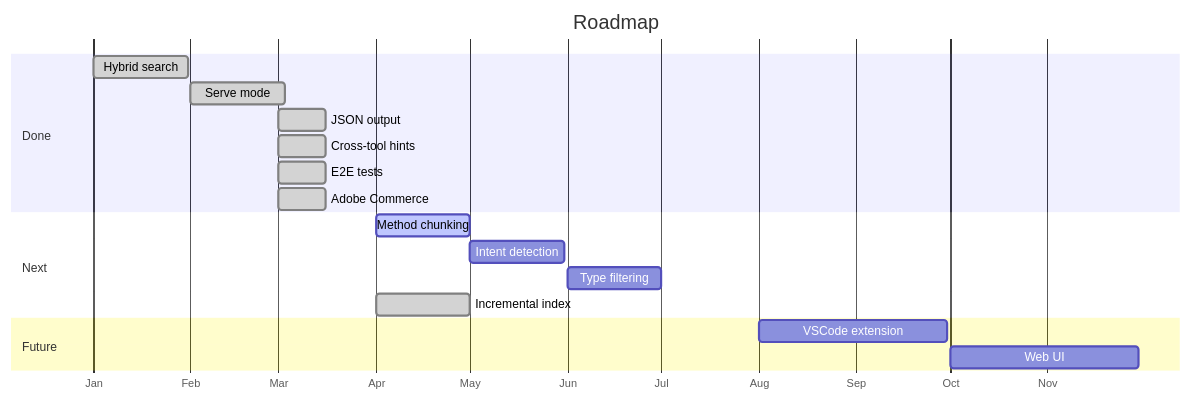
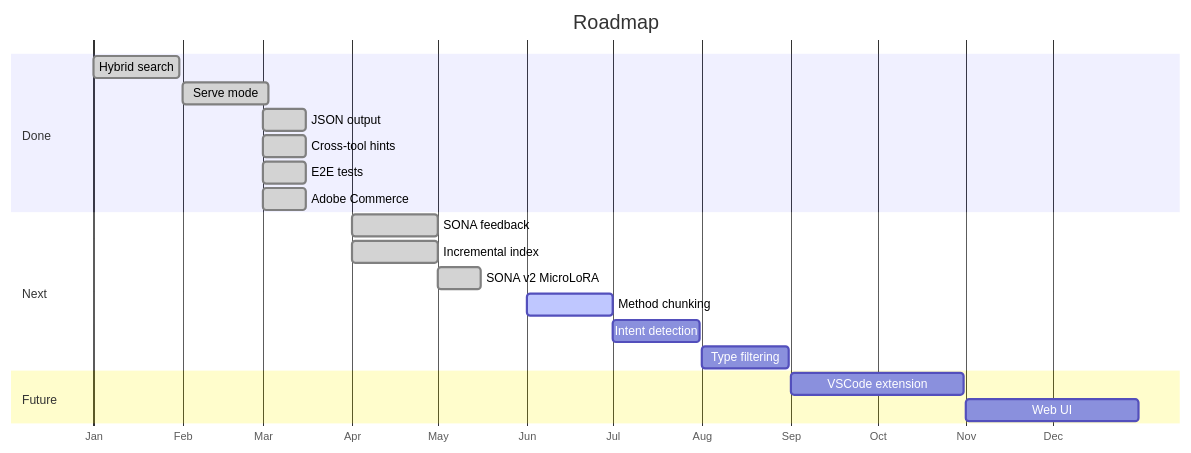
Diagram 11 of 11 in README.md (krejcif/magector), drawn with Mermaid before and after one commit. The commit also changed other lines of this file and 19 other files, not shown here.

````diff
--- a/README.md
+++ b/README.md
@@ -902,21 +962,23 @@
 ```mermaid
 gantt
   title Roadmap
   dateFormat YYYY-MM
   axisFormat %b
   section Done
     Hybrid search       :done, 2025-01, 30d
     Serve mode          :done, 2025-02, 30d
     JSON output         :done, 2025-03, 15d
     Cross-tool hints    :done, 2025-03, 15d
     E2E tests           :done, 2025-03, 15d
     Adobe Commerce      :done, 2025-03, 15d
   section Next
-    Method chunking     :active, 2025-04, 30d
-    Intent detection    :2025-05, 30d
-    Type filtering      :2025-06, 30d
+    SONA feedback       :done, 2025-04, 30d
     Incremental index   :done, 2025-04, 30d
+    SONA v2 MicroLoRA   :done, 2025-05, 15d
+    Method chunking     :active, 2025-06, 30d
+    Intent detection    :2025-07, 30d
+    Type filtering      :2025-08, 30d
   section Future
-    VSCode extension    :2025-08, 60d
-    Web UI              :2025-10, 60d
+    VSCode extension    :2025-09, 60d
+    Web UI              :2025-11, 60d
 ```
````
